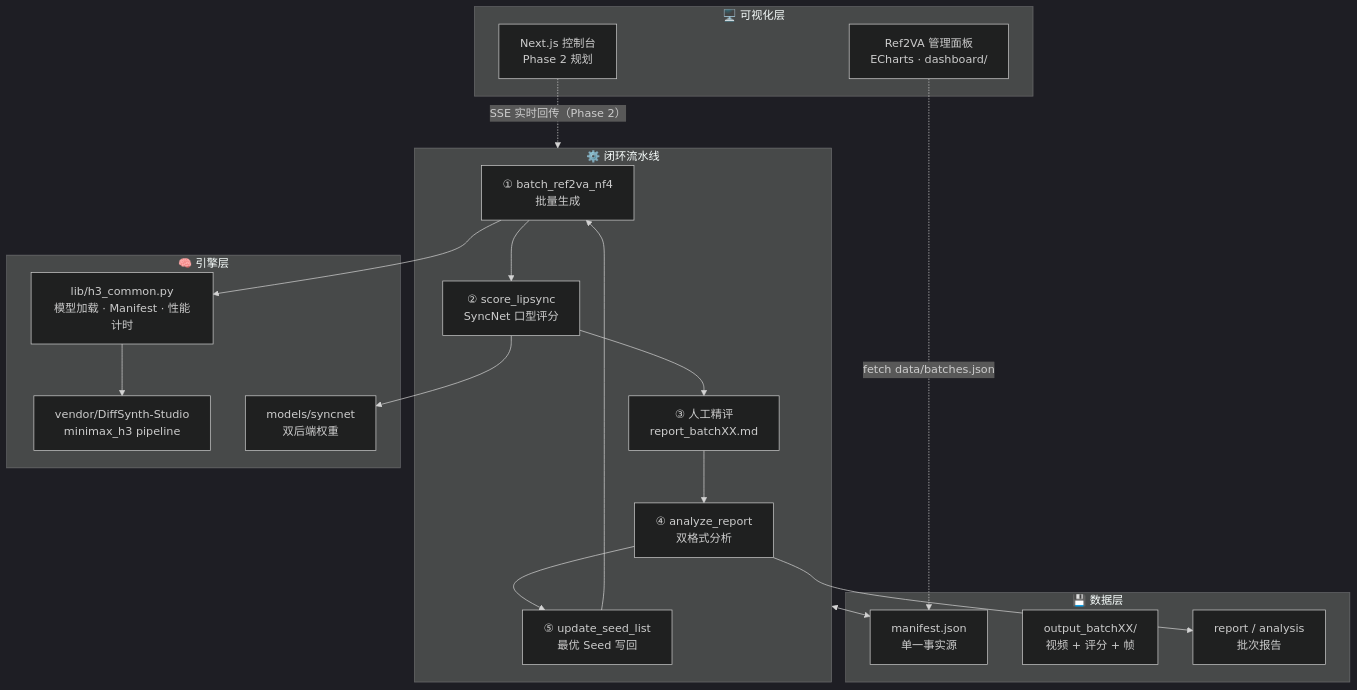
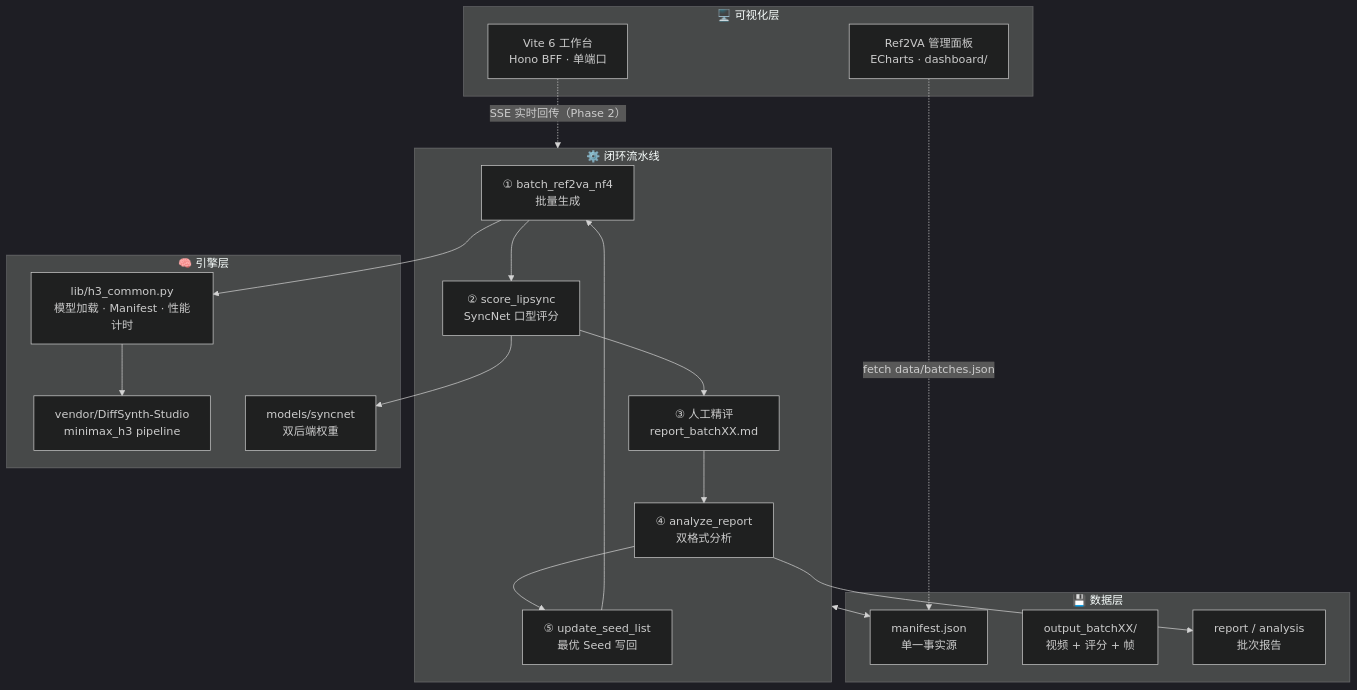
One commit to YYC-Cube/YYC3-MiniMax-H3 changed the diagram in README.md. Above: the diagram before and after it, drawn with Mermaid (dark theme). The commit also changed other lines of this file and 95 other files, not shown here.

First line of the commit message:
feat(console): 前端工作台迁移 Vite 6 + 单端口 Hono BFF（Phase 0/1）

````diff
--- a/README.md
+++ b/README.md
@@ -41,31 +41,31 @@
 ```mermaid
 flowchart TB
     subgraph UI["🖥️ 可视化层"]
         PANEL["Ref2VA 管理面板<br/>ECharts · dashboard/"]
-        CONSOLE["Next.js 控制台<br/>Phase 2 规划"]
+        CONSOLE["Vite 6 工作台<br/>Hono BFF · 单端口"]
     end
     subgraph PIPE["⚙️ 闭环流水线"]
         A["① batch_ref2va_nf4<br/>批量生成"] --> B["② score_lipsync<br/>SyncNet 口型评分"]
         B --> C["③ 人工精评<br/>report_batchXX.md"]
         C --> D["④ analyze_report<br/>双格式分析"]
         D --> E["⑤ update_seed_list<br/>最优 Seed 写回"]
     end
     subgraph ENGINE["🧠 引擎层"]
         COMMON["lib/h3_common.py<br/>模型加载 · Manifest · 性能计时"]
         VENDOR["vendor/DiffSynth-Studio<br/>minimax_h3 pipeline"]
         SYNC["models/syncnet<br/>双后端权重"]
     end
     subgraph DATA["💾 数据层"]
         MANIFEST["manifest.json<br/>单一事实源"]
         OUT["output_batchXX/<br/>视频 + 评分 + 帧"]
         REPORTS["report / analysis<br/>批次报告"]
     end
     PANEL -. "fetch data/batches.json" .-> MANIFEST
     CONSOLE -. "SSE 实时回传（Phase 2）" .-> PIPE
     PIPE <--> MANIFEST
     A --> COMMON
     COMMON --> VENDOR
     B --> SYNC
     D --> REPORTS
     E --> A
 ```
````
